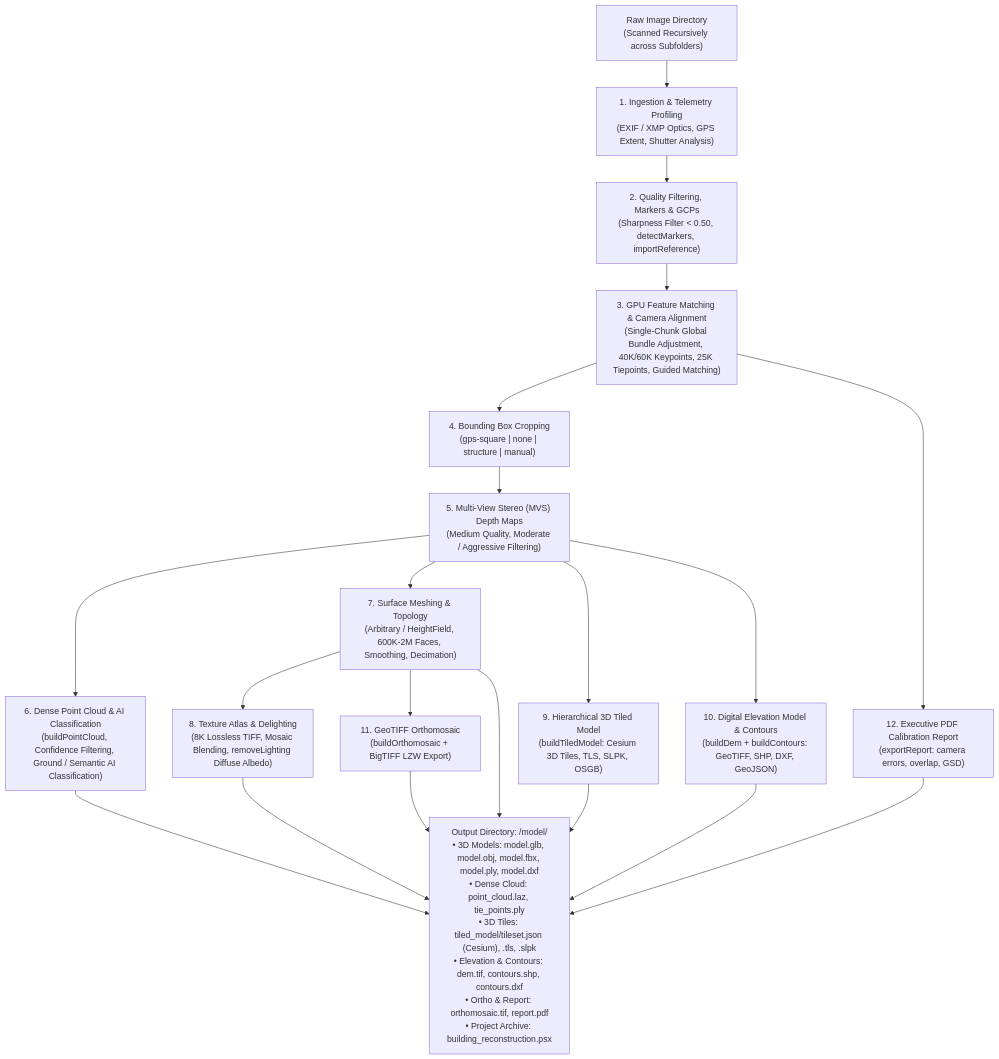
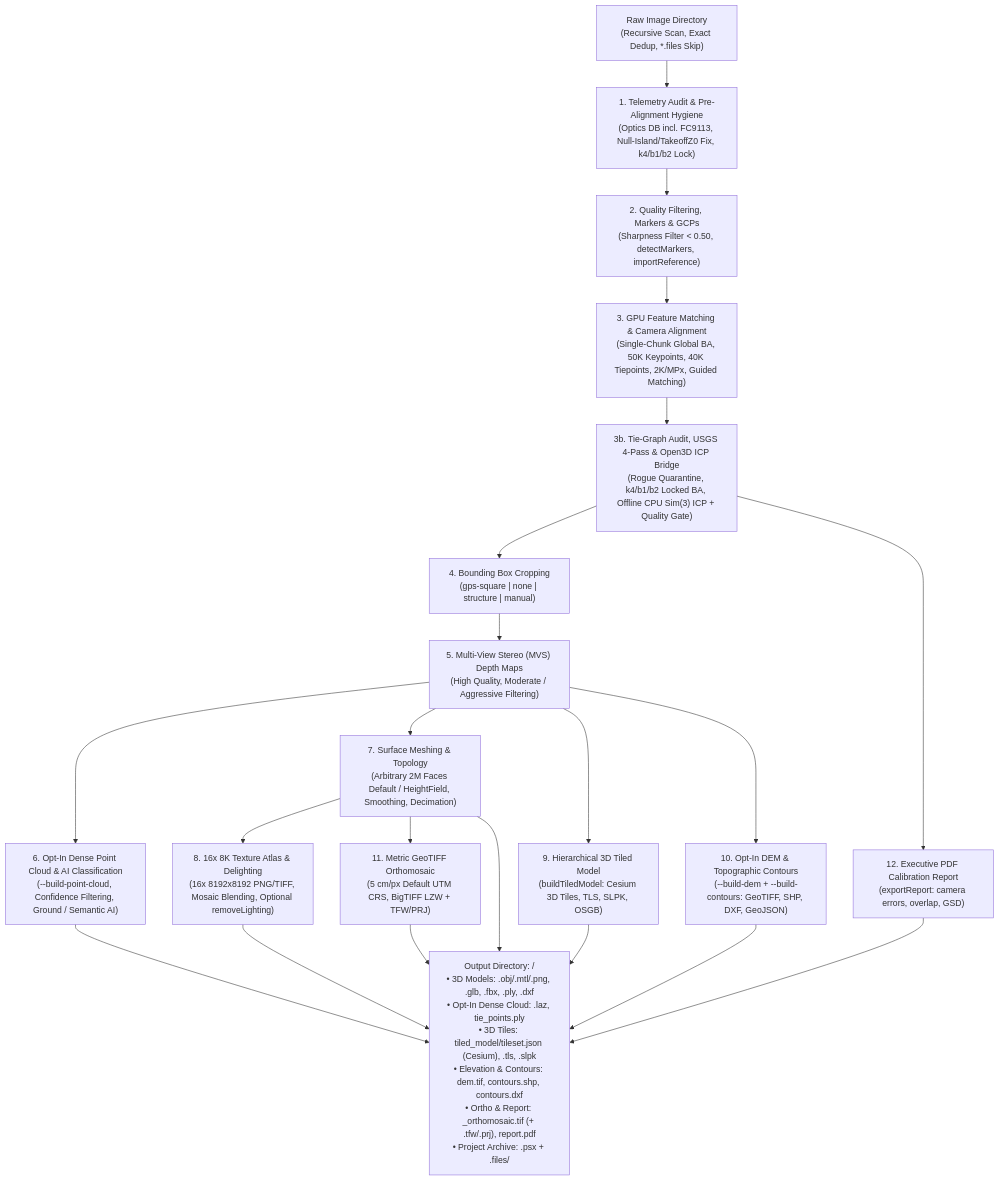
Before and after one commit to ngviettam82/AutoMetashape: the diagram in README.md, drawn with Mermaid. The commit also changed other lines of this file and 9 other files, not shown here.

````diff
--- a/README.md
+++ b/README.md
@@ -172,22 +180,23 @@
 ```mermaid
 flowchart TD
-    A["Raw Image Directory<br/>(Scanned Recursively across Subfolders)"] --> B["1. Ingestion & Telemetry Profiling<br/>(EXIF / XMP Optics, GPS Extent, Shutter Analysis)"]
+    A["Raw Image Directory<br/>(Recursive Scan, Exact Dedup, *.files Skip)"] --> B["1. Telemetry Audit & Pre-Alignment Hygiene<br/>(Optics DB incl. FC9113, Null-Island/TakeoffZ0 Fix, k4/b1/b2 Lock)"]
     B --> C["2. Quality Filtering, Markers & GCPs<br/>(Sharpness Filter < 0.50, detectMarkers, importReference)"]
-    C --> D["3. GPU Feature Matching & Camera Alignment<br/>(Single-Chunk Global Bundle Adjustment, 40K/60K Keypoints, 25K Tiepoints, Guided Matching)"]
-    D --> E["4. Bounding Box Cropping<br/>(gps-square | none | structure | manual)"]
-    E --> F["5. Multi-View Stereo (MVS) Depth Maps<br/>(Medium Quality, Moderate / Aggressive Filtering)"]
-    F --> G["6. Dense Point Cloud & AI Classification<br/>(buildPointCloud, Confidence Filtering, Ground / Semantic AI Classification)"]
-    F --> H["7. Surface Meshing & Topology<br/>(Arbitrary / HeightField, 600K-2M Faces, Smoothing, Decimation)"]
-    H --> I["8. Texture Atlas & Delighting<br/>(8K Lossless TIFF, Mosaic Blending, removeLighting Diffuse Albedo)"]
+    C --> D["3. GPU Feature Matching & Camera Alignment<br/>(Single-Chunk Global BA, 50K Keypoints, 40K Tiepoints, 2K/MPx, Guided Matching)"]
+    D --> D2["3b. Tie-Graph Audit, USGS 4-Pass & Open3D ICP Bridge<br/>(Rogue Quarantine, k4/b1/b2 Locked BA, Offline CPU Sim(3) ICP + Quality Gate)"]
+    D2 --> E["4. Bounding Box Cropping<br/>(gps-square | none | structure | manual)"]
+    E --> F["5. Multi-View Stereo (MVS) Depth Maps<br/>(High Quality, Moderate / Aggressive Filtering)"]
+    F --> G["6. Opt-In Dense Point Cloud & AI Classification<br/>(--build-point-cloud, Confidence Filtering, Ground / Semantic AI)"]
+    F --> H["7. Surface Meshing & Topology<br/>(Arbitrary 2M Faces Default / HeightField, Smoothing, Decimation)"]
+    H --> I["8. 16x 8K Texture Atlas & Delighting<br/>(16x 8192x8192 PNG/TIFF, Mosaic Blending, Optional removeLighting)"]
     F --> J["9. Hierarchical 3D Tiled Model<br/>(buildTiledModel: Cesium 3D Tiles, TLS, SLPK, OSGB)"]
-    F --> K["10. Digital Elevation Model & Contours<br/>(buildDem + buildContours: GeoTIFF, SHP, DXF, GeoJSON)"]
-    H --> L["11. GeoTIFF Orthomosaic<br/>(buildOrthomosaic + BigTIFF LZW Export)"]
-    D --> M["12. Executive PDF Calibration Report<br/>(exportReport: camera errors, overlap, GSD)"]
-    G --> N["Output Directory: <images_dir>/model/<br/>• 3D Models: model.glb, model.obj, model.fbx, model.ply, model.dxf<br/>• Dense Cloud: point_cloud.laz, tie_points.ply<br/>• 3D Tiles: tiled_model/tileset.json (Cesium), .tls, .slpk<br/>• Elevation & Contours: dem.tif, contours.shp, contours.dxf<br/>• Ortho & Report: orthomosaic.tif, report.pdf<br/>• Project Archive: building_reconstruction.psx"]
+    F --> K["10. Opt-In DEM & Topographic Contours<br/>(--build-dem + --build-contours: GeoTIFF, SHP, DXF, GeoJSON)"]
+    H --> L["11. Metric GeoTIFF Orthomosaic<br/>(5 cm/px Default UTM CRS, BigTIFF LZW + TFW/PRJ)"]
+    D2 --> M["12. Executive PDF Calibration Report<br/>(exportReport: camera errors, overlap, GSD)"]
+    G --> N["Output Directory: <output_dir>/<br/>• 3D Models: <project>.obj/.mtl/.png, .glb, .fbx, .ply, .dxf<br/>• Opt-In Dense Cloud: <project>.laz, tie_points.ply<br/>• 3D Tiles: tiled_model/tileset.json (Cesium), .tls, .slpk<br/>• Elevation & Contours: dem.tif, contours.shp, contours.dxf<br/>• Ortho & Report: <project>_orthomosaic.tif (+ .tfw/.prj), report.pdf<br/>• Project Archive: <project>.psx + <project>.files/"]
     H --> N
     I --> N
     J --> N
     K --> N
     L --> N
     M --> N
 ```
````
